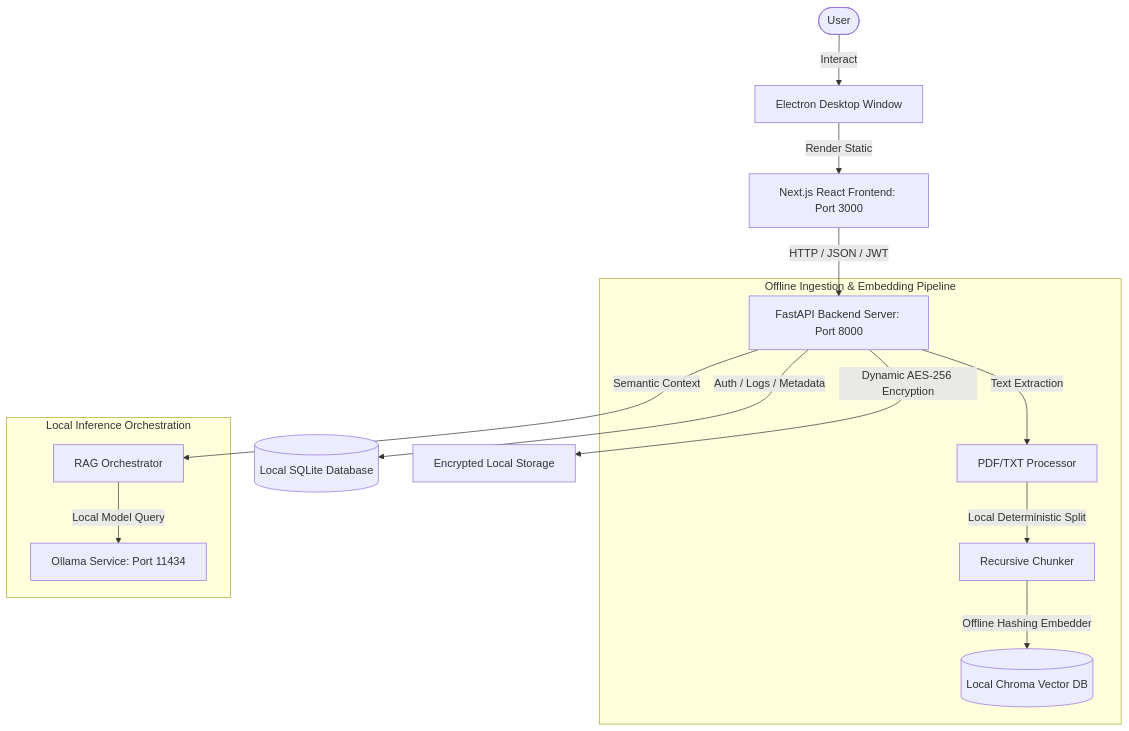
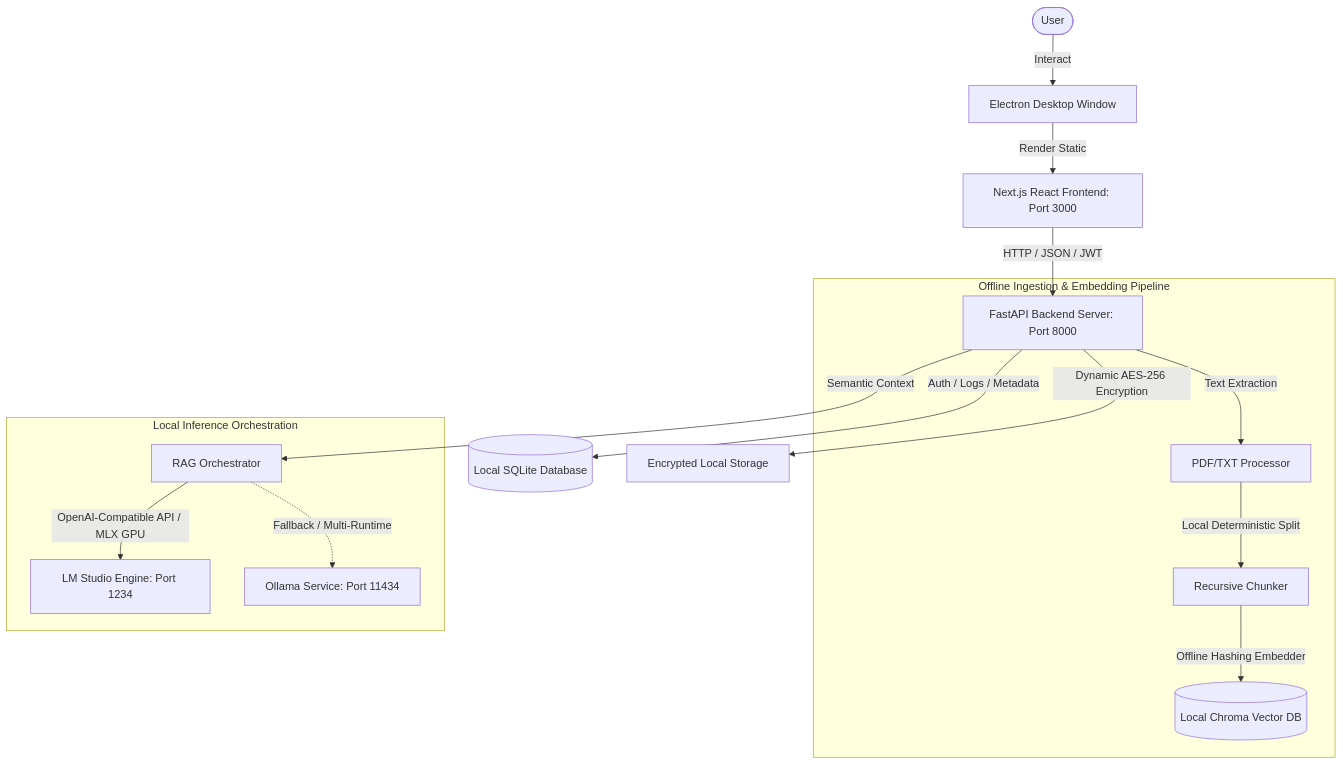
The diagram in README.md (Coderaryanyadav/AegisAI), drawn with Mermaid before and after one commit. The commit also changed other lines of this file and 24 other files, not shown here.

Commit message:
release: v1.0.0 production release with LM Studio MLX inference, DMG packaging, and release workflow

````diff
--- a/README.md
+++ b/README.md
@@ -32,20 +47,21 @@
 ```mermaid
 graph TD
     User([User]) -->|Interact| Electron[Electron Desktop Window]
     Electron -->|Render Static| React[Next.js React Frontend: Port 3000]
     React -->|HTTP / JSON / JWT| FastAPI[FastAPI Backend Server: Port 8000]
     
     FastAPI -->|Auth / Logs / Metadata| SQLite[(Local SQLite Database)]
     FastAPI -->|Dynamic AES-256 Encryption| EncryptedFS[Encrypted Local Storage]
     
     subgraph Offline Ingestion & Embedding Pipeline
         FastAPI -->|Text Extraction| Extractor[PDF/TXT Processor]
         Extractor -->|Local Deterministic Split| Chunker[Recursive Chunker]
         Chunker -->|Offline Hashing Embedder| Chroma[(Local Chroma Vector DB)]
     end
     
     subgraph Local Inference Orchestration
         FastAPI -->|Semantic Context| RAG[RAG Orchestrator]
-        RAG -->|Local Model Query| Ollama[Ollama Service: Port 11434]
+        RAG -->|OpenAI-Compatible API / MLX GPU| LMStudio[LM Studio Engine: Port 1234]
+        RAG -.->|Fallback / Multi-Runtime| Ollama[Ollama Service: Port 11434]
     end
 ```
````
